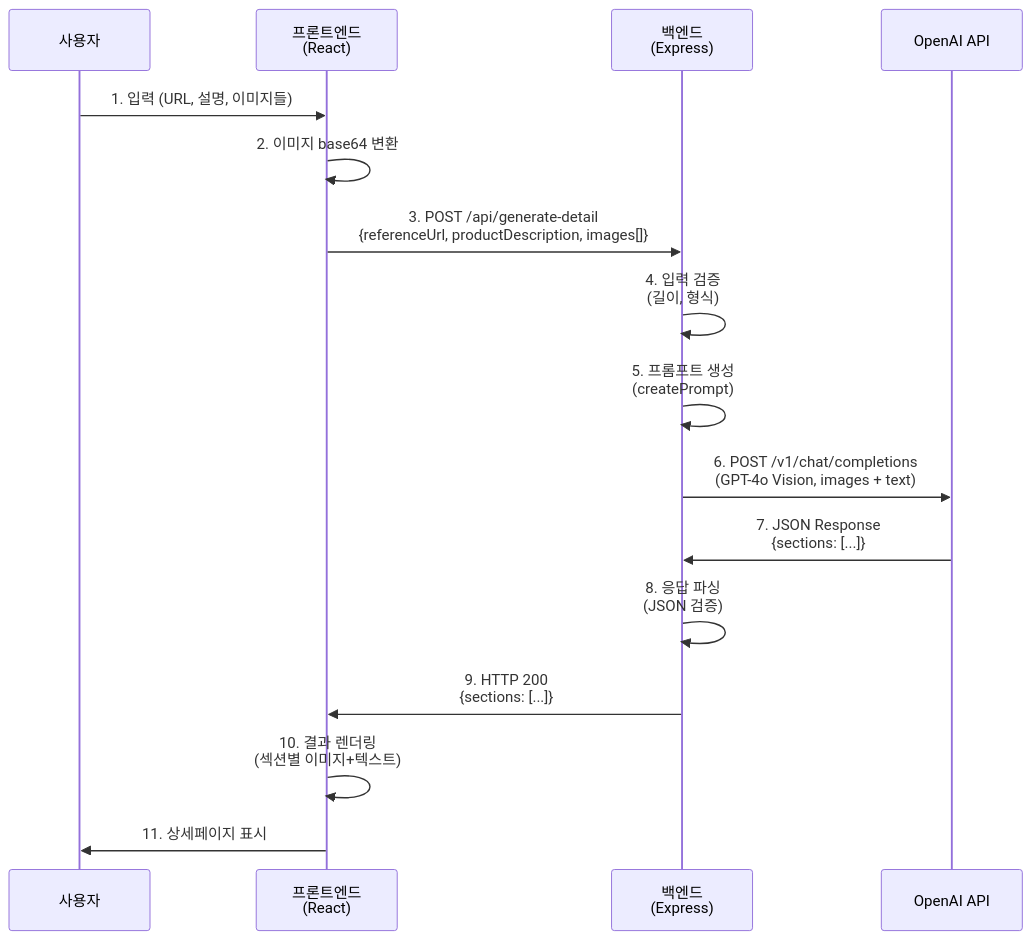
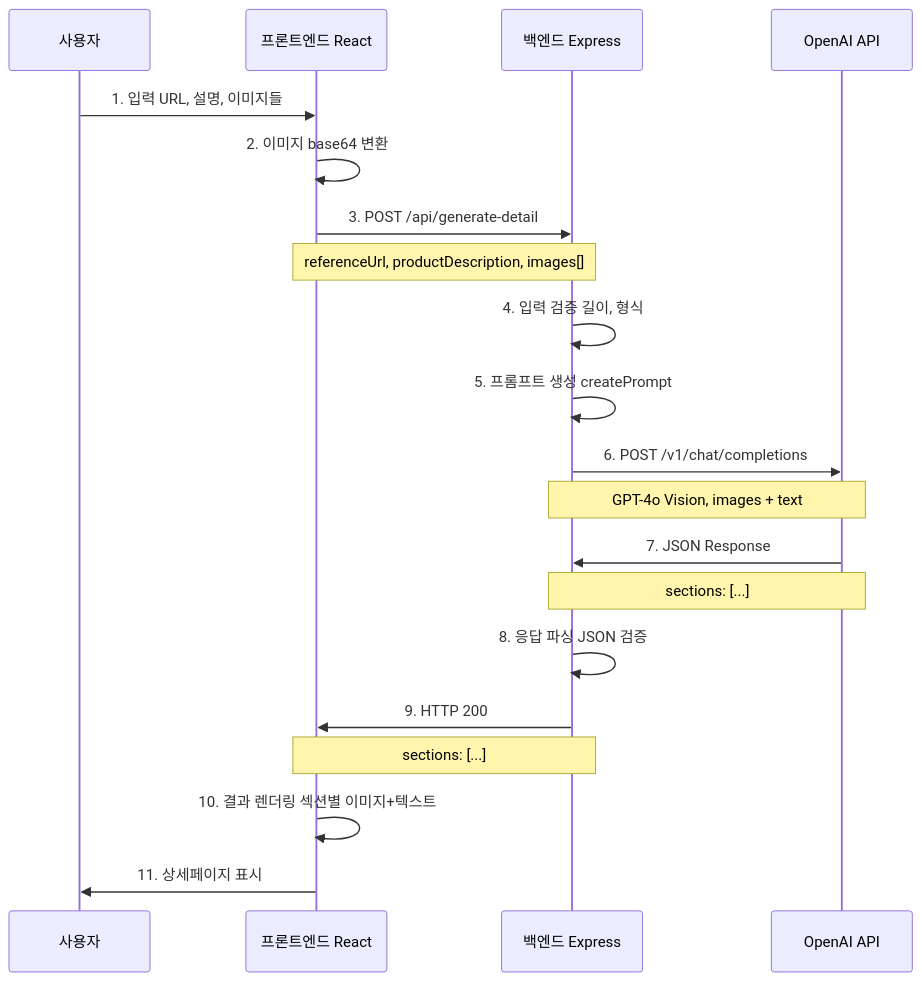
Before and after one commit to geon1098/app_ai108: the second of 4 diagrams in architecture.md, drawn with Mermaid. The commit also changed other lines of this file, not shown here.

````diff
--- a/architecture.md
+++ b/architecture.md
@@ -72,19 +67,23 @@
 ```mermaid
 sequenceDiagram
     participant U as 사용자
-    participant FE as 프론트엔드<br/>(React)
-    participant BE as 백엔드<br/>(Express)
+    participant FE as 프론트엔드 React
+    participant BE as 백엔드 Express
     participant AI as OpenAI API
 
-    U->>FE: 1. 입력 (URL, 설명, 이미지들)
+    U->>FE: 1. 입력 URL, 설명, 이미지들
     FE->>FE: 2. 이미지 base64 변환
-    FE->>BE: 3. POST /api/generate-detail<br/>{referenceUrl, productDescription, images[]}
-    BE->>BE: 4. 입력 검증<br/>(길이, 형식)
-    BE->>BE: 5. 프롬프트 생성<br/>(createPrompt)
-    BE->>AI: 6. POST /v1/chat/completions<br/>(GPT-4o Vision, images + text)
-    AI->>BE: 7. JSON Response<br/>{sections: [...]}
-    BE->>BE: 8. 응답 파싱<br/>(JSON 검증)
-    BE->>FE: 9. HTTP 200<br/>{sections: [...]}
-    FE->>FE: 10. 결과 렌더링<br/>(섹션별 이미지+텍스트)
+    FE->>BE: 3. POST /api/generate-detail
+    Note over FE,BE: referenceUrl, productDescription, images[]
+    BE->>BE: 4. 입력 검증 길이, 형식
+    BE->>BE: 5. 프롬프트 생성 createPrompt
+    BE->>AI: 6. POST /v1/chat/completions
+    Note over BE,AI: GPT-4o Vision, images + text
+    AI->>BE: 7. JSON Response
+    Note over AI,BE: sections: [...]
+    BE->>BE: 8. 응답 파싱 JSON 검증
+    BE->>FE: 9. HTTP 200
+    Note over BE,FE: sections: [...]
+    FE->>FE: 10. 결과 렌더링 섹션별 이미지+텍스트
     FE->>U: 11. 상세페이지 표시
 ```
````
